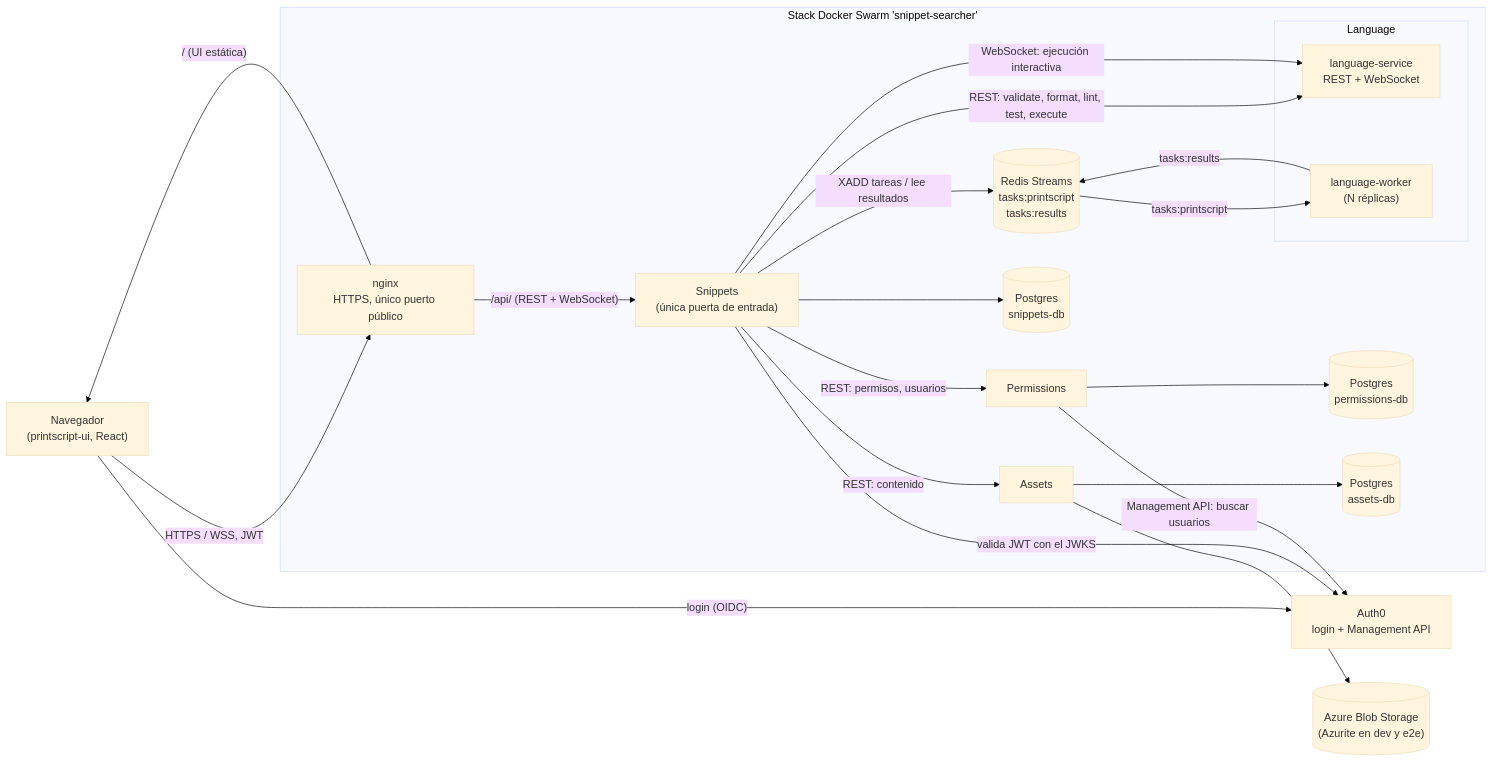
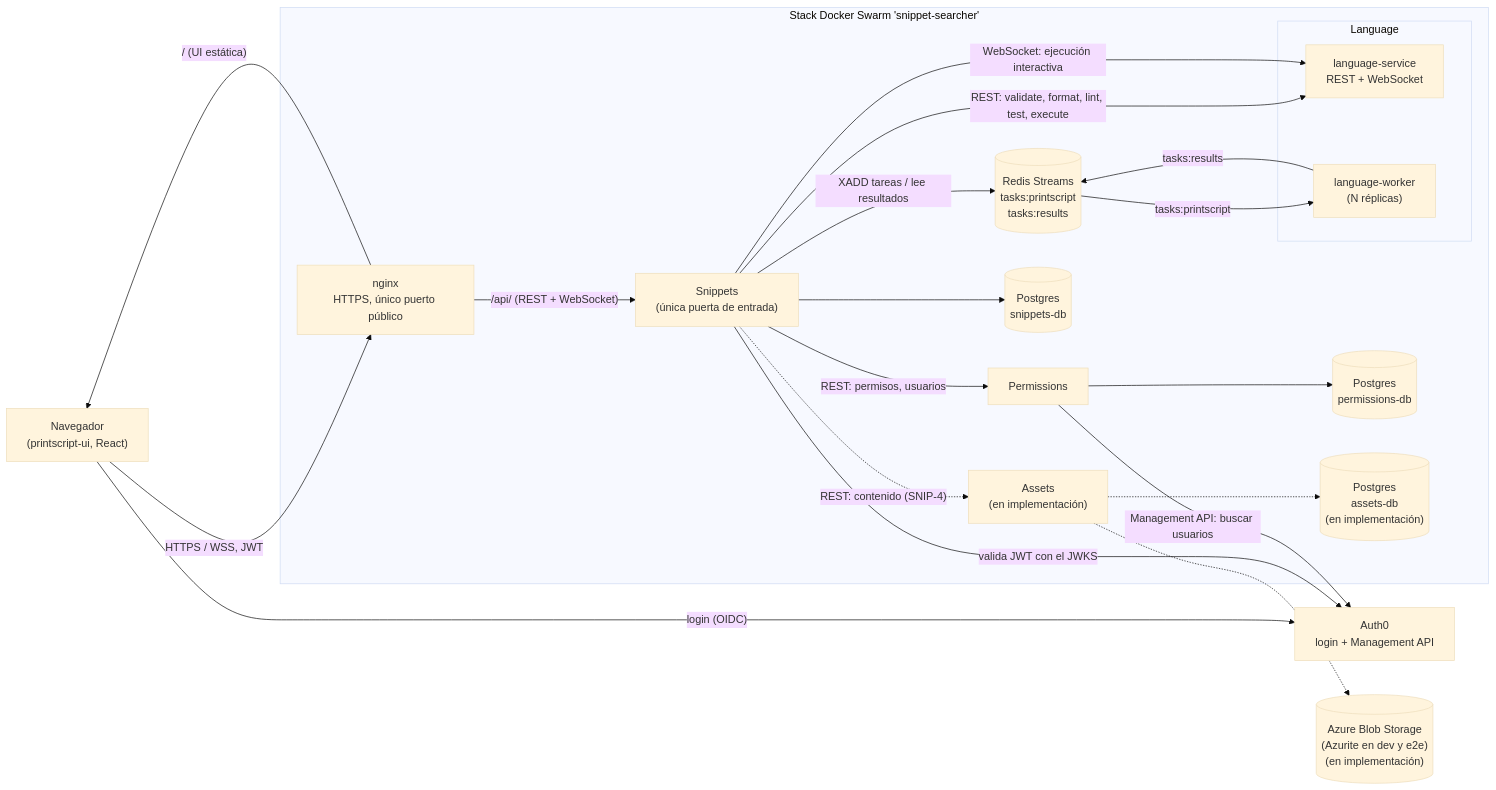
Before and after one commit to TP1-2-INGSIS/snippet-searcher-infra: the first of 2 diagrams in docs/arquitectura.md, drawn with Mermaid (base theme). The commit also changed other lines of this file and 3 other files, not shown here.

````diff
--- a/docs/arquitectura.md
+++ b/docs/arquitectura.md
@@ -7,43 +7,43 @@
 ```mermaid
 flowchart LR
     Browser["Navegador<br/>(printscript-ui, React)"]
     Auth0["Auth0<br/>login + Management API"]
 
     subgraph Stack["Stack Docker Swarm 'snippet-searcher'"]
         Nginx["nginx<br/>HTTPS, único puerto público"]
         Snippets["Snippets<br/>(única puerta de entrada)"]
         Permissions["Permissions"]
         subgraph Lang["Language"]
             LangRest["language-service<br/>REST + WebSocket"]
             Workers["language-worker<br/>(N réplicas)"]
         end
-        Assets["Assets"]
+        Assets["Assets<br/>(en implementación)"]
         Redis[("Redis Streams<br/>tasks:printscript<br/>tasks:results")]
         SnippetsDb[("Postgres<br/>snippets-db")]
         PermDb[("Postgres<br/>permissions-db")]
-        AssetsDb[("Postgres<br/>assets-db")]
+        AssetsDb[("Postgres<br/>assets-db<br/>(en implementación)")]
     end
 
-    Blob[("Azure Blob Storage<br/>(Azurite en dev y e2e)")]
+    Blob[("Azure Blob Storage<br/>(Azurite en dev y e2e)<br/>(en implementación)")]
 
     Browser -->|"login (OIDC)"| Auth0
     Browser -->|"HTTPS / WSS, JWT"| Nginx
     Nginx -->|"/ (UI estática)"| Browser
     Nginx -->|"/api/ (REST + WebSocket)"| Snippets
 
     Snippets -->|"valida JWT con el JWKS"| Auth0
     Snippets -->|"REST: permisos, usuarios"| Permissions
     Snippets -->|"REST: validate, format, lint, test, execute"| LangRest
     Snippets -->|"WebSocket: ejecución interactiva"| LangRest
-    Snippets -->|"REST: contenido"| Assets
+    Snippets -.->|"REST: contenido (SNIP-4)"| Assets
     Snippets -->|"XADD tareas / lee resultados"| Redis
     Snippets --> SnippetsDb
 
     Redis -->|"tasks:printscript"| Workers
     Workers -->|"tasks:results"| Redis
 
     Permissions --> PermDb
     Permissions -->|"Management API: buscar usuarios"| Auth0
-    Assets --> AssetsDb
-    Assets --> Blob
+    Assets -.-> AssetsDb
+    Assets -.-> Blob
 ```
````
